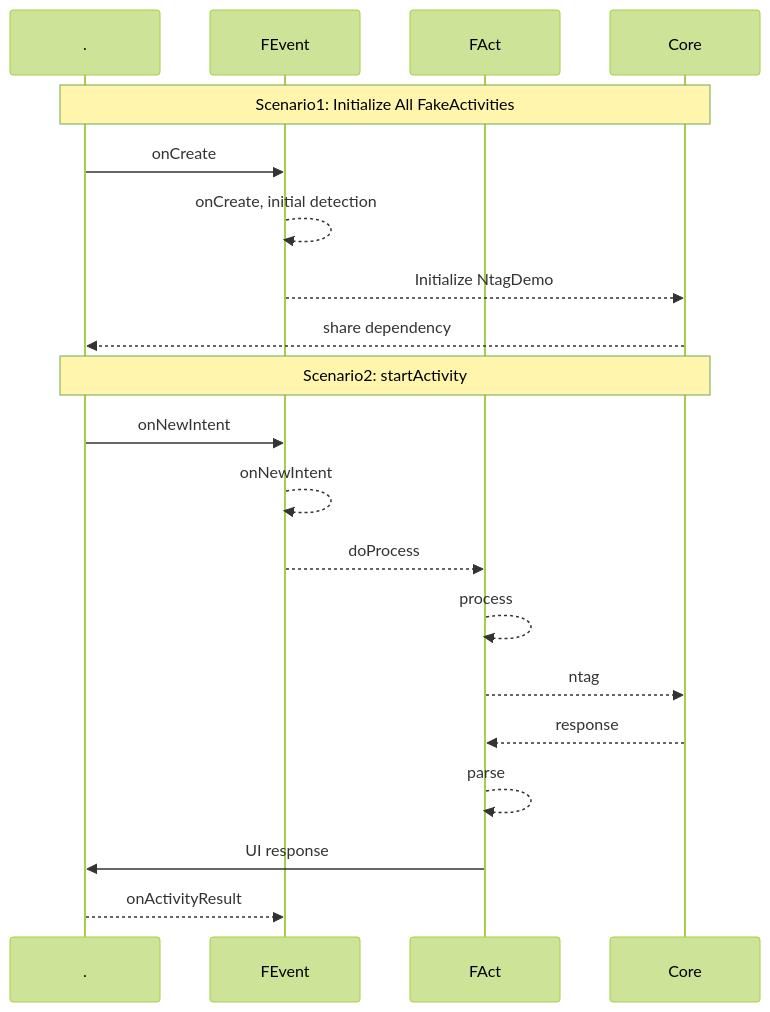
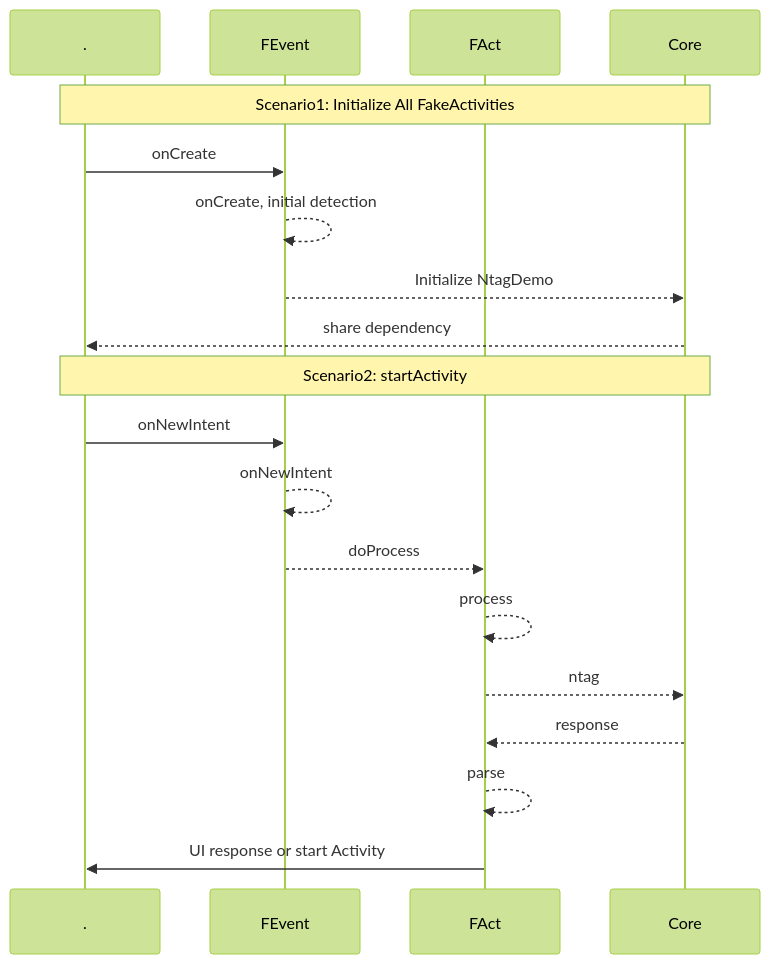
Before and after one commit to gordianknotC/nxp_note: the fourth of 6 diagrams in flutter/android_to_flutter.md, drawn with Mermaid (forest theme). The commit also changed other lines of this file, not shown here.

````diff
--- a/flutter/android_to_flutter.md
+++ b/flutter/android_to_flutter.md
@@ -167,27 +176,25 @@
 ```mermaid
 sequenceDiagram
 participant .
 participant FEvent
 participant FAct
 participant Core
 
 Note over ., Core: Scenario1: Initialize All FakeActivities
 . ->> FEvent :onCreate
 FEvent -->> FEvent: onCreate, initial detection
 FEvent -->> Core: Initialize NtagDemo
 Core -->> .: share dependency
 
 Note over ., Core: Scenario2: startActivity
 . ->> FEvent: onNewIntent
 FEvent -->> FEvent: onNewIntent
 FEvent -->> FAct: doProcess
 FAct -->> FAct: process
 FAct -->> Core: ntag
 Core -->> FAct: response
 FAct -->> FAct: parse
-FAct ->> . : UI response
- 
+FAct ->> . : UI response or start Activity
 
-. -->> FEvent: onActivityResult
 
 ```
````
